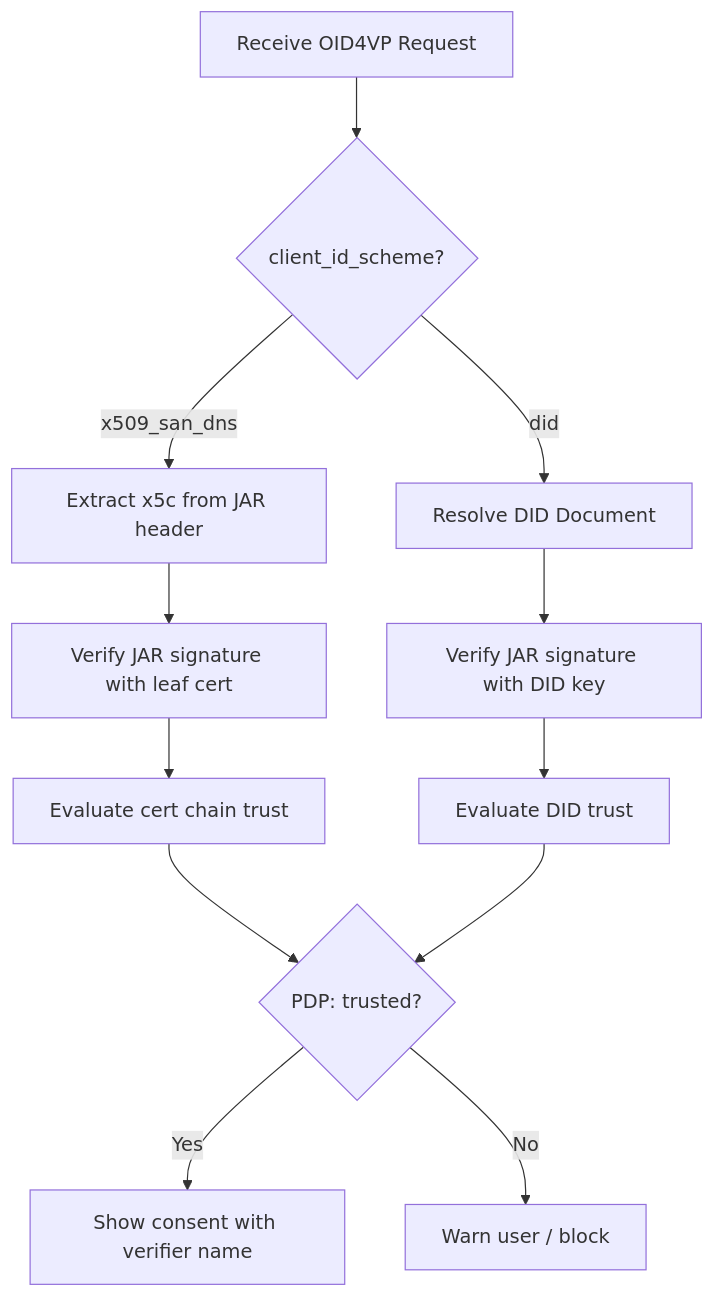
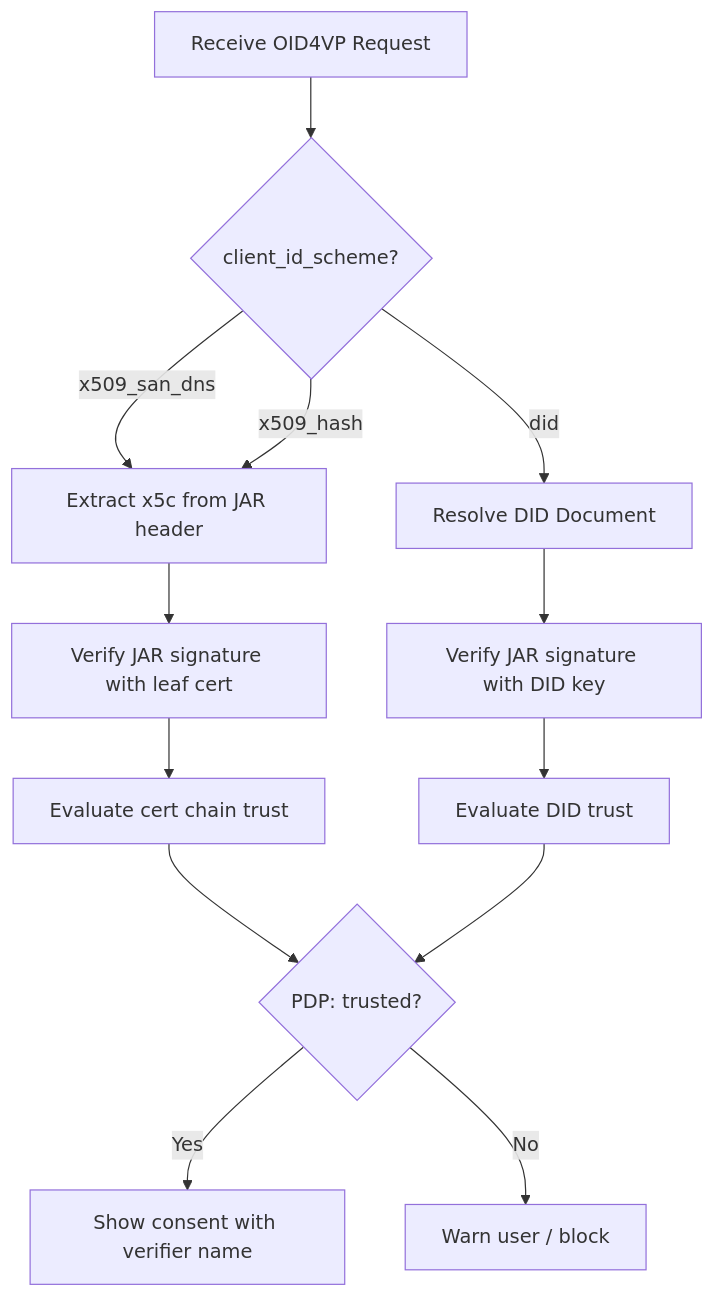
The diagram in docs/sirosid/trust/verifier-identity.md (sirosfoundation/docs), drawn with Mermaid before and after one commit. The commit also changed other lines of this file and 6 other files, not shown here.

````diff
--- a/docs/sirosid/trust/verifier-identity.md
+++ b/docs/sirosid/trust/verifier-identity.md
@@ -211,18 +222,19 @@
 ```mermaid
 flowchart TD
     A[Receive OID4VP Request] --> B{client_id_scheme?}
     B -->|x509_san_dns| C[Extract x5c from JAR header]
+    B -->|x509_hash| C
     B -->|did| D[Resolve DID Document]
     
     C --> E[Verify JAR signature with leaf cert]
     D --> F[Verify JAR signature with DID key]
     
     E --> G[Evaluate cert chain trust]
     F --> H[Evaluate DID trust]
     
     G --> I{PDP: trusted?}
     H --> I
     
     I -->|Yes| J[Show consent with verifier name]
     I -->|No| K[Warn user / block]
 ```
````
